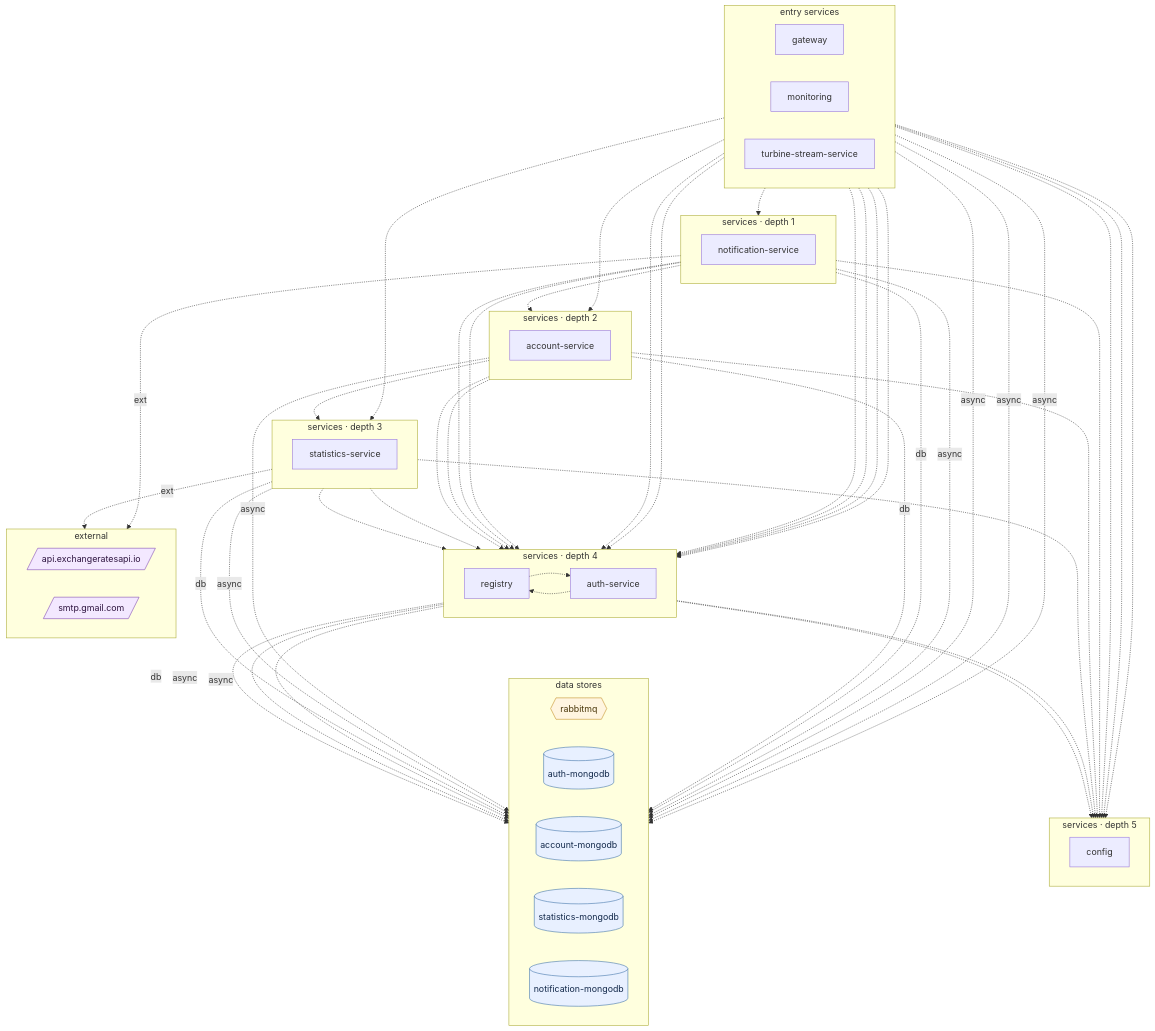
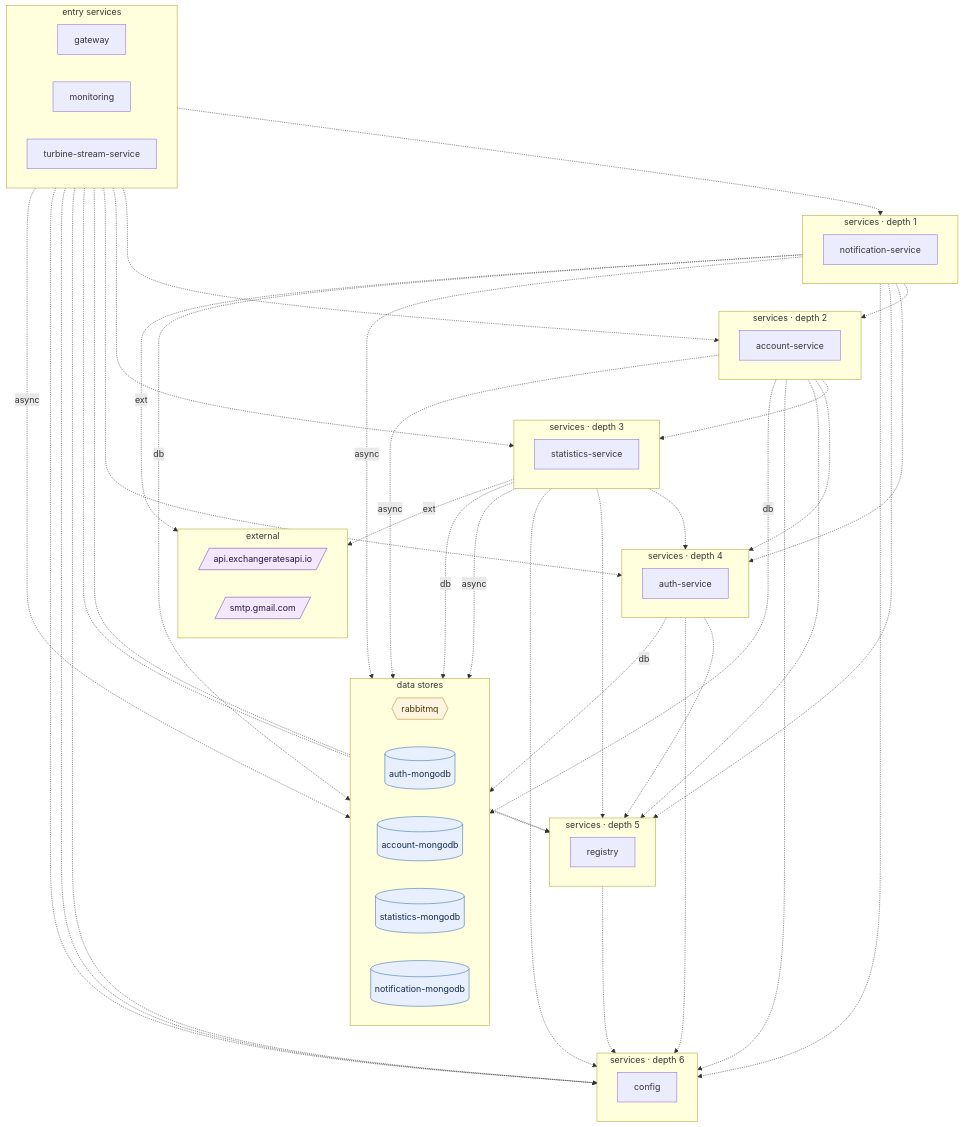
The diagram in docs/generalization/piggymetrics.summary.md (ANYuu531/ChatOps4Msa-Pipeline), drawn with Mermaid before and after one commit. The commit also changed other lines of this file and 105 other files, not shown here.

```diff
--- a/docs/generalization/piggymetrics.summary.md
+++ b/docs/generalization/piggymetrics.summary.md
@@ -105,14 +106,17 @@
   end
   subgraph layer4 ["services · depth 4"]
     direction LR
-    registry["registry"]
     auth_service["auth-service"]
   end
   subgraph layer5 ["services · depth 5"]
     direction LR
+    registry["registry"]
+  end
+  subgraph layer6 ["services · depth 6"]
+    direction LR
     config["config"]
   end
-  subgraph layer6 ["data stores"]
+  subgraph layer7 ["data stores"]
     direction LR
     rabbitmq{{"rabbitmq"}}:::queue
     auth_mongodb[("auth-mongodb")]:::db
@@ -120,7 +124,7 @@
     statistics_mongodb[("statistics-mongodb")]:::db
     notification_mongodb[("notification-mongodb")]:::db
   end
-  subgraph layer7 ["external"]
+  subgraph layer8 ["external"]
     direction LR
     api_exchangeratesapi_io[/"api.exchangeratesapi.io"/]:::external
     smtp_gmail_com[/"smtp.gmail.com"/]:::external
@@ -146,20 +150,12 @@
   account_service -.-> registry
   notification_service -.-> registry
   turbine_stream_service -.-> registry
-  monitoring -.-> registry
   auth_service -.-> registry
   gateway -.-> registry
-  turbine_stream_service -.-> auth_service
-  registry -.-> auth_service
-  monitoring -.-> auth_service
   statistics_service -. async .-> rabbitmq
   account_service -. async .-> rabbitmq
   notification_service -. async .-> rabbitmq
   turbine_stream_service -. async .-> rabbitmq
-  registry -. async .-> rabbitmq
-  monitoring -. async .-> rabbitmq
-  auth_service -. async .-> rabbitmq
-  gateway -. async .-> rabbitmq
   account_service -. db .-> account_mongodb
   turbine_stream_service -.-> config
   registry -.-> config
```
